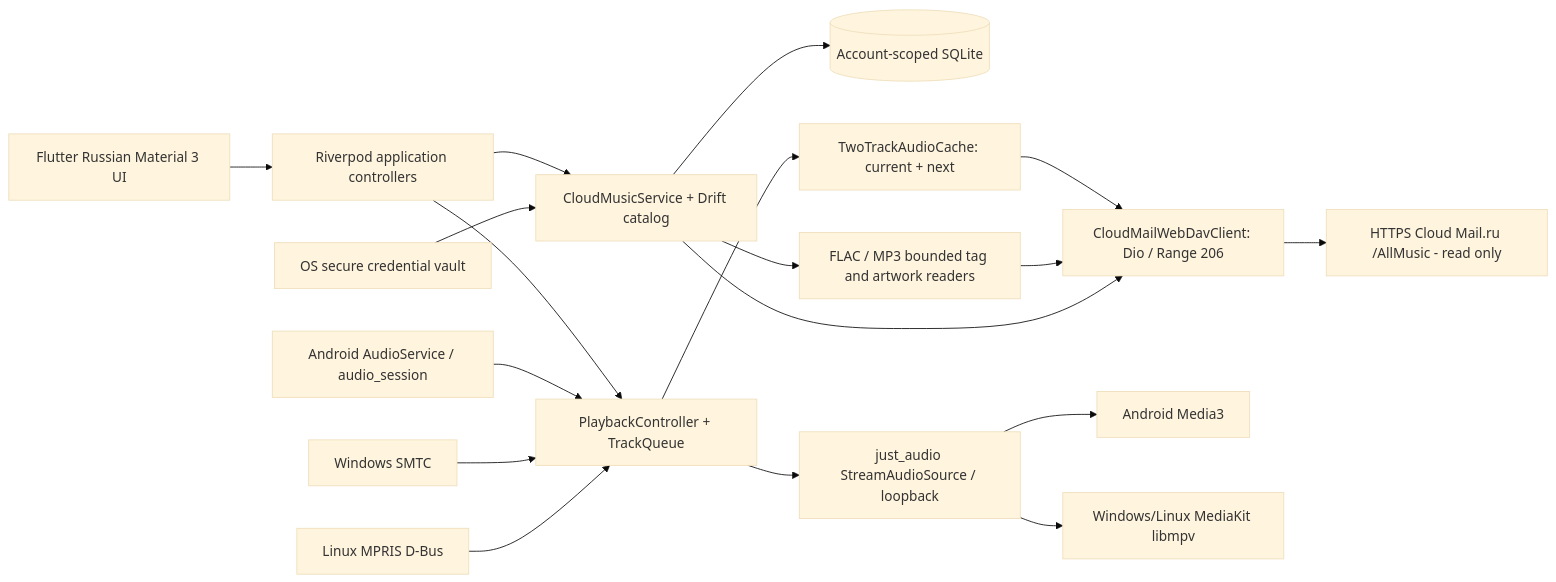
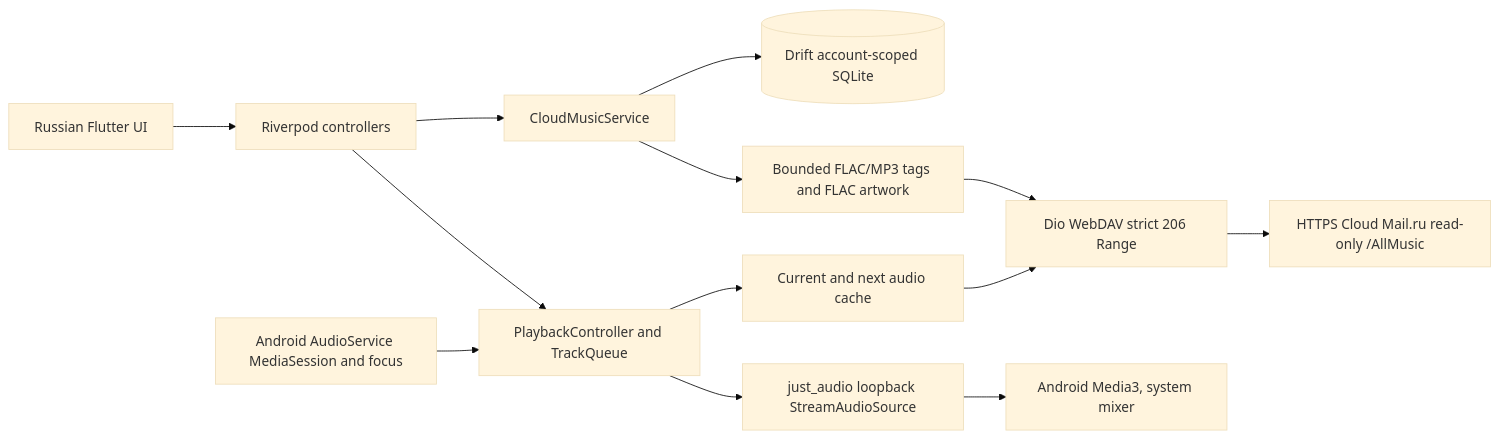
One commit to metravolokos/aN-cLmL changed the diagram in docs/ARCHITECTURE.md. Above: the diagram before and after it, drawn with Mermaid (base theme). The commit also changed other lines of this file and 39 other files, not shown here.

Commit message:
refactor(android): remove desktop runtime and CI paths, scope active docs and deps

````diff
--- a/docs/ARCHITECTURE.md
+++ b/docs/ARCHITECTURE.md
@@ -3,20 +3,15 @@
 ```mermaid
 flowchart LR
- UI[Flutter Russian Material 3 UI] --> Riverpod[Riverpod application controllers]
- Riverpod --> Library[CloudMusicService + Drift catalog]
- Riverpod --> Playback[PlaybackController + TrackQueue]
- Library --> DB[(Account-scoped SQLite)]
- Library --> Tags[FLAC / MP3 bounded tag and artwork readers]
- Playback --> Cache[TwoTrackAudioCache: current + next]
- Cache --> Range[CloudMailWebDavClient: Dio / Range 206]
- Tags --> Range
- Library --> Range
- Range --> WebDAV[HTTPS Cloud Mail.ru /AllMusic - read only]
- Playback --> JustAudio[just_audio StreamAudioSource / loopback]
- JustAudio --> Android[Android Media3]
- JustAudio --> Desktop[Windows/Linux MediaKit libmpv]
- AndroidOS[Android AudioService / audio_session] --> Playback
- WindowsOS[Windows SMTC] --> Playback
- LinuxOS[Linux MPRIS D-Bus] --> Playback
- Vault[OS secure credential vault] --> Library
+ UI[Russian Flutter UI] --> Riverpod[Riverpod controllers]
+ Riverpod --> Library[CloudMusicService]
+ Riverpod --> Playback[PlaybackController and TrackQueue]
+ Library --> SQLite[(Drift account-scoped SQLite)]
+ Library --> Metadata[Bounded FLAC/MP3 tags and FLAC artwork]
+ Metadata --> Range[Dio WebDAV strict 206 Range]
+ Playback --> Cache[Current and next audio cache]
+ Cache --> Range
+ Range --> Cloud[HTTPS Cloud Mail.ru read-only /AllMusic]
+ Playback --> JustAudio[just_audio loopback StreamAudioSource]
+ JustAudio --> Media3[Android Media3, system mixer]
+ MediaSession[Android AudioService MediaSession and focus] --> Playback
 ```
````
